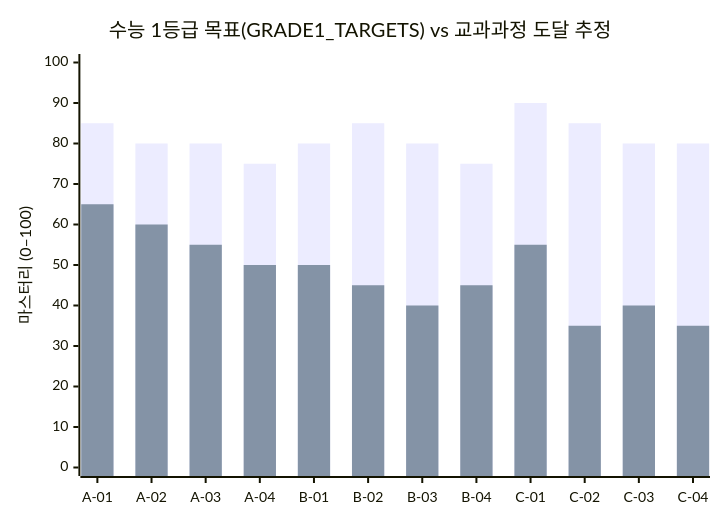
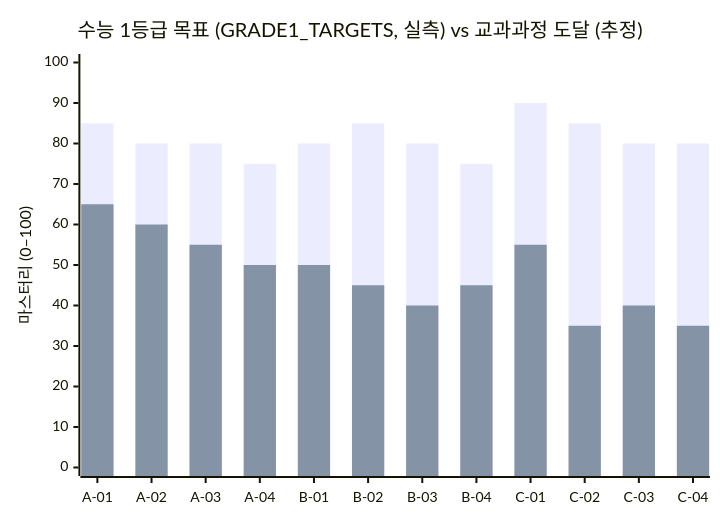
The eighth of 36 diagrams in SLIDES_GAP_TO_PROGRESS.md (smilepat/myprojects), drawn with Mermaid before and after one commit. The commit also changed other lines of this file and 6 other files, not shown here.

First line of the commit message:
feat(slides): expand from 19 to 36 charts + PDCA tracking (#1)

````diff
--- a/SLIDES_GAP_TO_PROGRESS.md
+++ b/SLIDES_GAP_TO_PROGRESS.md
@@ -82,8 +196,8 @@
 ```mermaid
 xychart-beta
-    title "수능 1등급 목표(GRADE1_TARGETS) vs 교과과정 도달 추정"
+    title "수능 1등급 목표 (GRADE1_TARGETS, 실측) vs 교과과정 도달 (추정)"
     x-axis ["A-01","A-02","A-03","A-04","B-01","B-02","B-03","B-04","C-01","C-02","C-03","C-04"]
     y-axis "마스터리 (0–100)" 0 --> 100
     bar [85,80,80,75,80,85,80,75,90,85,80,80]
     bar [65,60,55,50,50,45,40,45,55,35,40,35]
 ```
````
